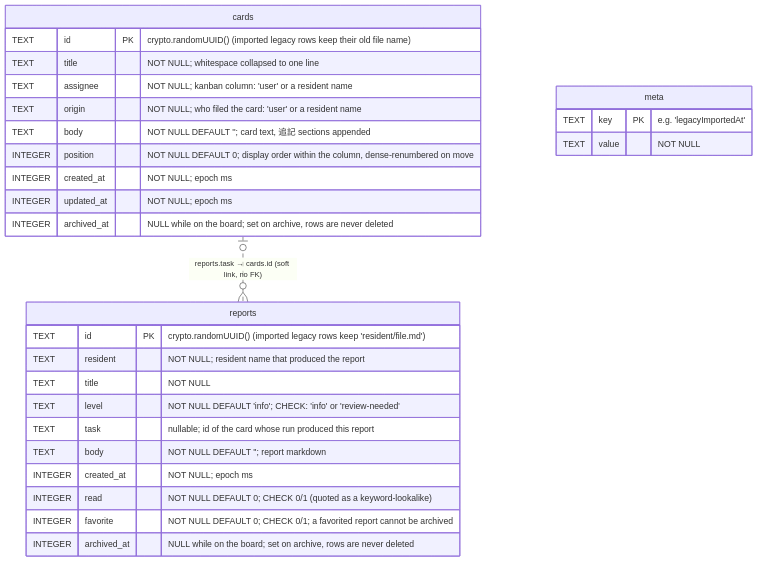
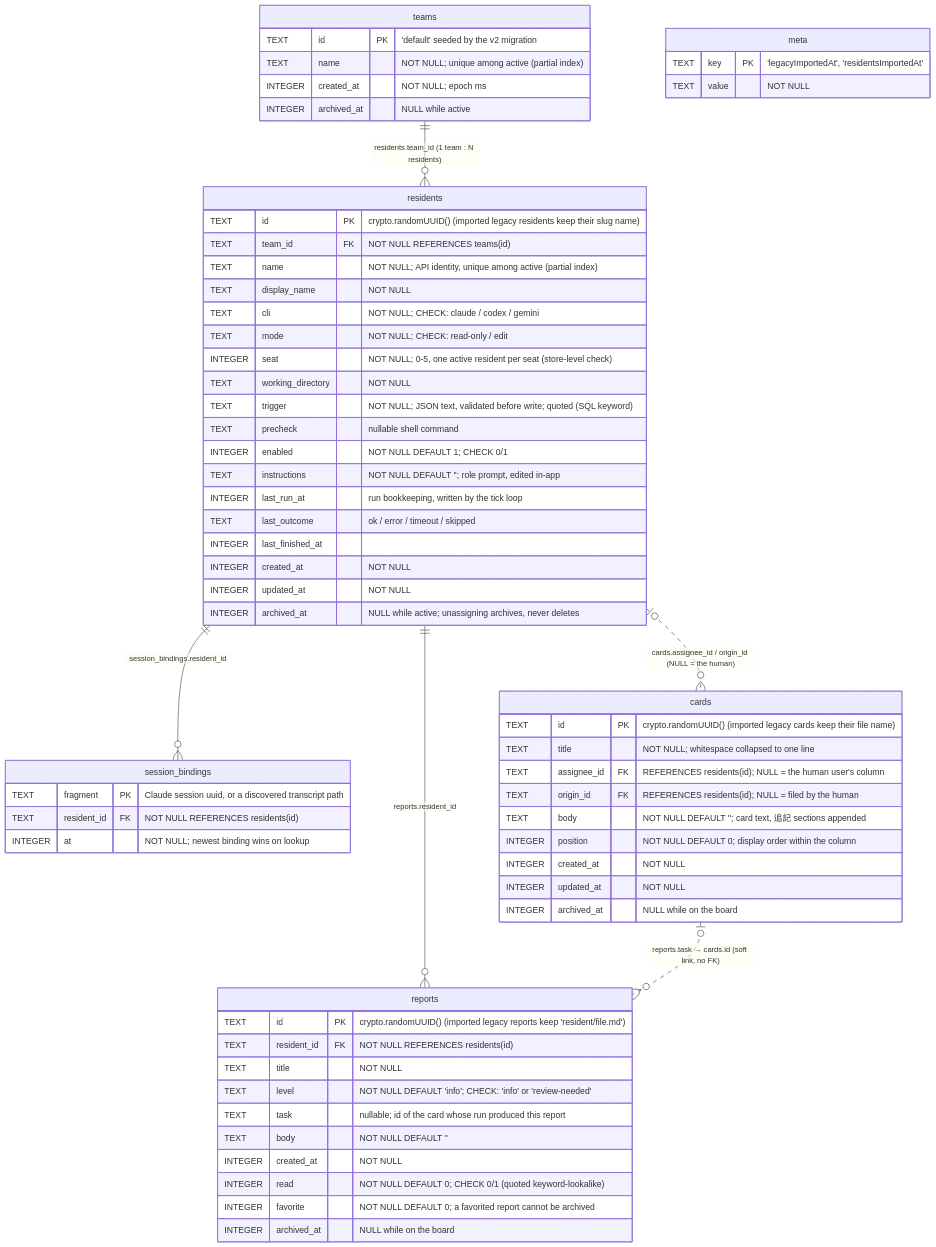
Before and after one commit to raihara3/ai-office: the diagram in docs/database.md, drawn with Mermaid. The commit also changed other lines of this file and 24 other files, not shown here.

````diff
--- a/docs/database.md
+++ b/docs/database.md
@@ -10,34 +11,72 @@
 ```mermaid
 erDiagram
+    teams ||--o{ residents : "residents.team_id (1 team : N residents)"
+    residents ||--o{ session_bindings : "session_bindings.resident_id"
+    residents |o..o{ cards : "cards.assignee_id / origin_id (NULL = the human)"
+    residents ||--o{ reports : "reports.resident_id"
     cards |o..o{ reports : "reports.task → cards.id (soft link, no FK)"
 
+    teams {
+        TEXT    id          PK "'default' seeded by the v2 migration"
+        TEXT    name           "NOT NULL; unique among active (partial index)"
+        INTEGER created_at     "NOT NULL; epoch ms"
+        INTEGER archived_at    "NULL while active"
+    }
+
+    residents {
+        TEXT    id                PK "crypto.randomUUID() (imported legacy residents keep their slug name)"
+        TEXT    team_id           FK "NOT NULL REFERENCES teams(id)"
+        TEXT    name              "NOT NULL; API identity, unique among active (partial index)"
+        TEXT    display_name      "NOT NULL"
+        TEXT    cli               "NOT NULL; CHECK: claude / codex / gemini"
+        TEXT    mode              "NOT NULL; CHECK: read-only / edit"
+        INTEGER seat              "NOT NULL; 0-5, one active resident per seat (store-level check)"
+        TEXT    working_directory "NOT NULL"
+        TEXT    trigger           "NOT NULL; JSON text, validated before write; quoted (SQL keyword)"
+        TEXT    precheck          "nullable shell command"
+        INTEGER enabled           "NOT NULL DEFAULT 1; CHECK 0/1"
+        TEXT    instructions      "NOT NULL DEFAULT ''; role prompt, edited in-app"
+        INTEGER last_run_at       "run bookkeeping, written by the tick loop"
+        TEXT    last_outcome      "ok / error / timeout / skipped"
+        INTEGER last_finished_at  ""
+        INTEGER created_at        "NOT NULL"
+        INTEGER updated_at        "NOT NULL"
+        INTEGER archived_at       "NULL while active; unassigning archives, never deletes"
+    }
+
+    session_bindings {
+        TEXT    fragment    PK "Claude session uuid, or a discovered transcript path"
+        TEXT    resident_id FK "NOT NULL REFERENCES residents(id)"
+        INTEGER at             "NOT NULL; newest binding wins on lookup"
+    }
+
     cards {
-        TEXT    id          PK "crypto.randomUUID() (imported legacy rows keep their old file name)"
+        TEXT    id          PK "crypto.randomUUID() (imported legacy cards keep their file name)"
         TEXT    title          "NOT NULL; whitespace collapsed to one line"
-        TEXT    assignee       "NOT NULL; kanban column: 'user' or a resident name"
-        TEXT    origin         "NOT NULL; who filed the card: 'user' or a resident name"
+        TEXT    assignee_id FK "REFERENCES residents(id); NULL = the human user's column"
+        TEXT    origin_id   FK "REFERENCES residents(id); NULL = filed by the human"
         TEXT    body           "NOT NULL DEFAULT ''; card text, 追記 sections appended"
-        INTEGER position       "NOT NULL DEFAULT 0; display order within the column, dense-renumbered on move"
-        INTEGER created_at     "NOT NULL; epoch ms"
-        INTEGER updated_at     "NOT NULL; epoch ms"
-        INTEGER archived_at    "NULL while on the board; set on archive, rows are never deleted"
+        INTEGER position       "NOT NULL DEFAULT 0; display order within the column"
+        INTEGER created_at     "NOT NULL"
+        INTEGER updated_at     "NOT NULL"
+        INTEGER archived_at    "NULL while on the board"
     }
 
     reports {
-        TEXT    id          PK "crypto.randomUUID() (imported legacy rows keep 'resident/file.md')"
-        TEXT    resident       "NOT NULL; resident name that produced the report"
+        TEXT    id          PK "crypto.randomUUID() (imported legacy reports keep 'resident/file.md')"
+        TEXT    resident_id FK "NOT NULL REFERENCES residents(id)"
         TEXT    title          "NOT NULL"
         TEXT    level          "NOT NULL DEFAULT 'info'; CHECK: 'info' or 'review-needed'"
         TEXT    task           "nullable; id of the card whose run produced this report"
-        TEXT    body           "NOT NULL DEFAULT ''; report markdown"
-        INTEGER created_at     "NOT NULL; epoch ms"
-        INTEGER read           "NOT NULL DEFAULT 0; CHECK 0/1 (quoted as a keyword-lookalike)"
-        INTEGER favorite       "NOT NULL DEFAULT 0; CHECK 0/1; a favorited report cannot be archived"
-        INTEGER archived_at    "NULL while on the board; set on archive, rows are never deleted"
+        TEXT    body           "NOT NULL DEFAULT ''"
+        INTEGER created_at     "NOT NULL"
+        INTEGER read           "NOT NULL DEFAULT 0; CHECK 0/1 (quoted keyword-lookalike)"
+        INTEGER favorite       "NOT NULL DEFAULT 0; a favorited report cannot be archived"
+        INTEGER archived_at    "NULL while on the board"
     }
 
     meta {
-        TEXT key   PK "e.g. 'legacyImportedAt'"
+        TEXT key   PK "'legacyImportedAt', 'residentsImportedAt'"
         TEXT value    "NOT NULL"
     }
 ```
````
